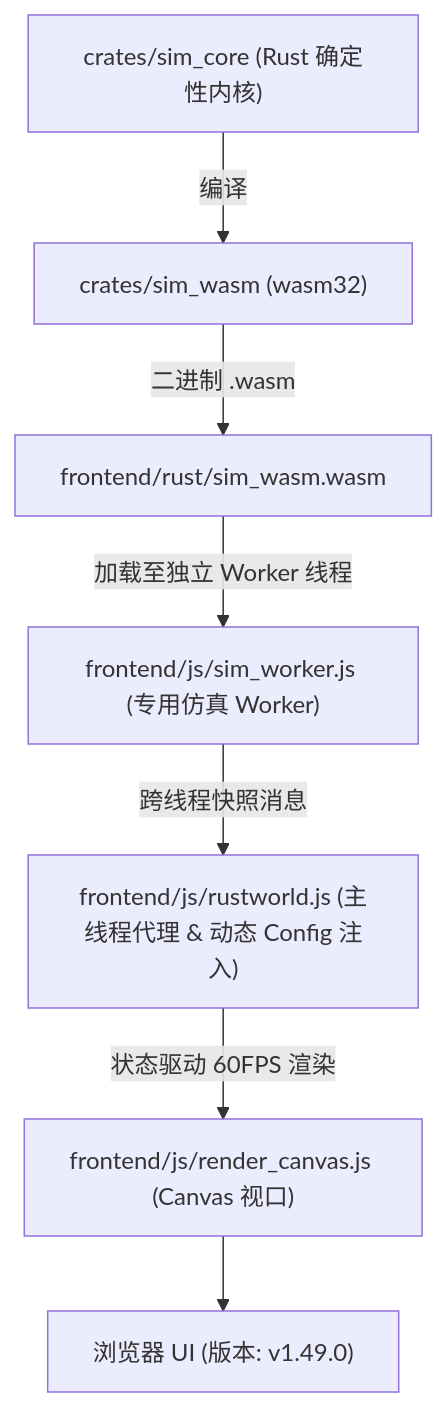
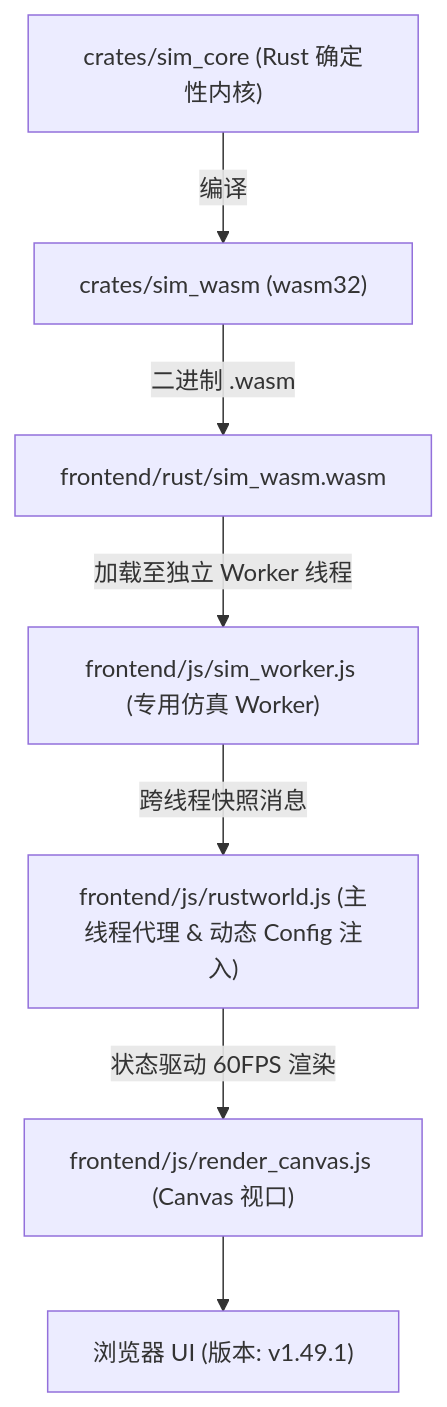
One commit to g39088902/FlowAndAccord changed the diagram in AGENTS.md. Above: the diagram before and after it, drawn with Mermaid. The commit also changed other lines of this file and 38 other files, not shown here.

````diff
--- a/AGENTS.md
+++ b/AGENTS.md
@@ -61,9 +62,9 @@
 ```mermaid
 graph TD
     A["crates/sim_core (Rust 确定性内核)"] -->|编译| B["crates/sim_wasm (wasm32)"]
     B -->|二进制 .wasm| C["frontend/rust/sim_wasm.wasm"]
     C -->|加载至独立 Worker 线程| D["frontend/js/sim_worker.js (专用仿真 Worker)"]
     D -->|跨线程快照消息| E["frontend/js/rustworld.js (主线程代理 & 动态 Config 注入)"]
     E -->|状态驱动 60FPS 渲染| F["frontend/js/render_canvas.js (Canvas 视口)"]
-    F --> G["浏览器 UI (版本: v1.49.0)"]
+    F --> G["浏览器 UI (版本: v1.49.1)"]
 ```
````
